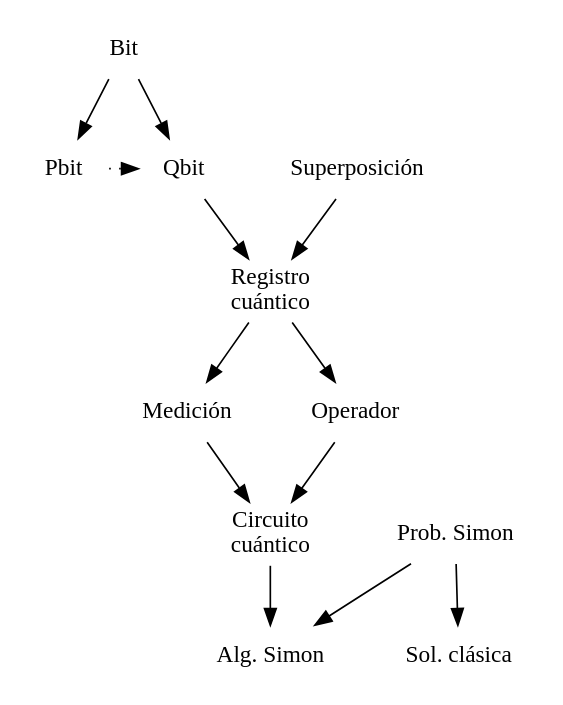
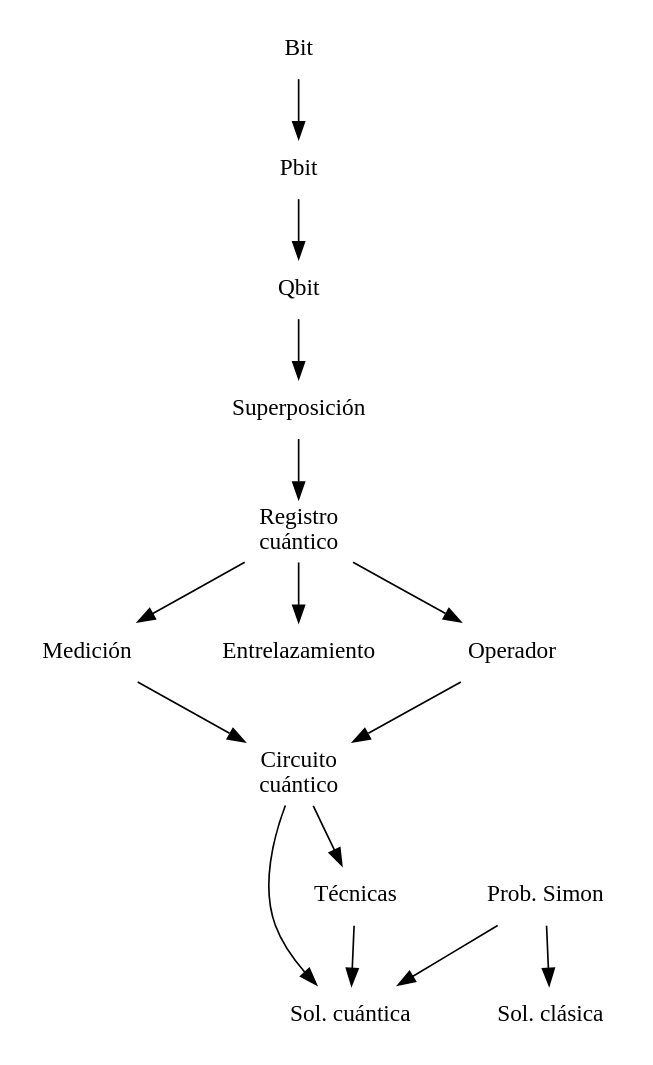
The diagram in doc/graph.dot (rodarima/pyqsim), drawn with Graphviz before and after one commit. The commit also changed 4 other files, not shown here.

```diff
--- a/doc/graph.dot
+++ b/doc/graph.dot
@@ -1,28 +1,34 @@
 digraph {
 	//graph [rankdir=LR];
 	node [shape=plaintext];
 
 	"Bit" -> "Pbit";
-	"Bit" -> "Qbit";
+//	"Bit" -> "Qbit";
 
-	"Pbit" -> "Qbit" [style=dotted, constraint=false];
+	"Pbit" -> "Qbit"; // [style=dotted, constraint=false];
 
-	"Qbit" -> "Registro\ncuántico";
+	"Qbit" -> "Superposición";
+//	"Qbit" -> "Registro\ncuántico";
 	"Superposición" -> "Registro\ncuántico";
 
 	"Registro\ncuántico" -> "Medición";
 	//"Qbit" -> "Medición";
+
+	"Registro\ncuántico" -> "Entrelazamiento";
 
 	"Registro\ncuántico" -> "Operador";
 
 	"Operador" -> "Circuito\ncuántico";
 	"Medición" -> "Circuito\ncuántico";
 
 	//bit -> prob_simon;
 
 	"Prob. Simon" -> "Sol. clásica";
 
-	"Prob. Simon" -> "Alg. Simon";
+	"Prob. Simon" -> "Sol. cuántica";
 
-	"Circuito\ncuántico" -> "Alg. Simon";
+	"Circuito\ncuántico" -> "Sol. cuántica";
+
+	"Técnicas" -> "Sol. cuántica";
+	"Circuito\ncuántico" -> "Técnicas";
 }
```
